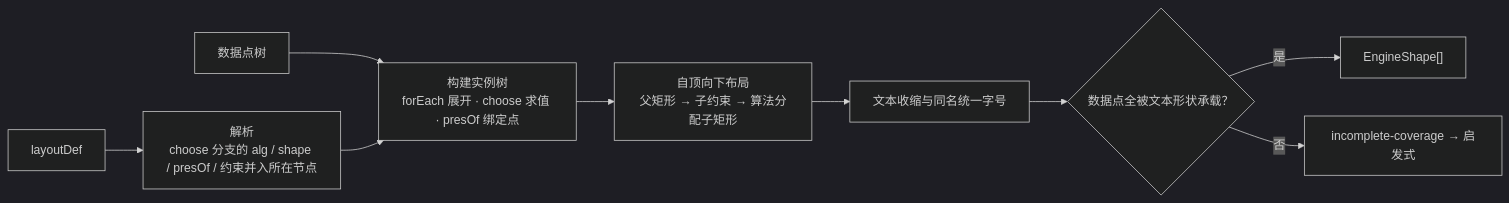
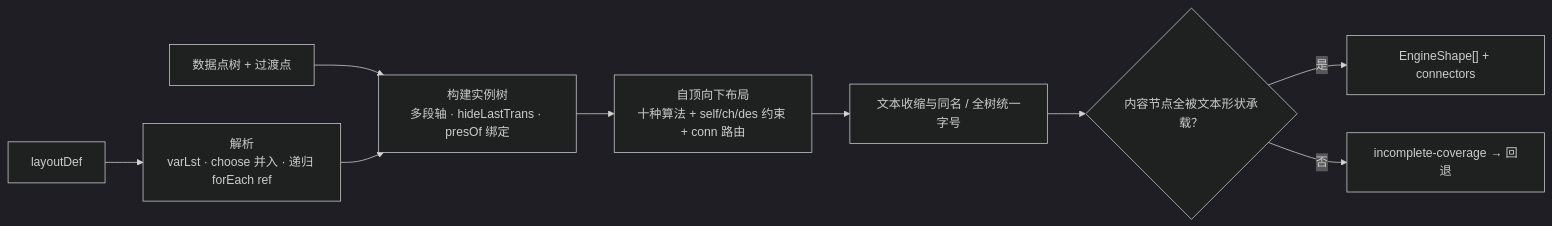
One commit to unStone/web-ppt changed the diagram in docs/design/smartart-layout-engine.md. Above: the diagram before and after it, drawn with Mermaid (dark theme). The commit also changed other lines of this file and 19 other files, not shown here.

````diff
--- a/docs/design/smartart-layout-engine.md
+++ b/docs/design/smartart-layout-engine.md
@@ -11,11 +11,11 @@
 ```mermaid
 flowchart LR
-    L["layoutDef"] --> P["解析<br/>choose 分支的 alg / shape / presOf / 约束并入所在节点"]
-    D["数据点树"] --> B
-    P --> B["构建实例树<br/>forEach 展开 · choose 求值 · presOf 绑定点"]
-    B --> Y["自顶向下布局<br/>父矩形 → 子约束 → 算法分配子矩形"]
-    Y --> S["文本收缩与同名统一字号"]
-    S --> C{"数据点全被文本形状承载？"}
-    C -- 是 --> O["EngineShape[]"]
-    C -- 否 --> R["incomplete-coverage → 启发式"]
+    L["layoutDef"] --> P["解析<br/>varLst · choose 并入 · 递归 forEach ref"]
+    D["数据点树 + 过渡点"] --> B
+    P --> B["构建实例树<br/>多段轴 · hideLastTrans · presOf 绑定"]
+    B --> Y["自顶向下布局<br/>十种算法 + self/ch/des 约束 + conn 路由"]
+    Y --> S["文本收缩与同名 / 全树统一字号"]
+    S --> C{"内容节点全被文本形状承载？"}
+    C -- 是 --> O["EngineShape[] + connectors"]
+    C -- 否 --> R["incomplete-coverage → 回退"]
 ```
````
